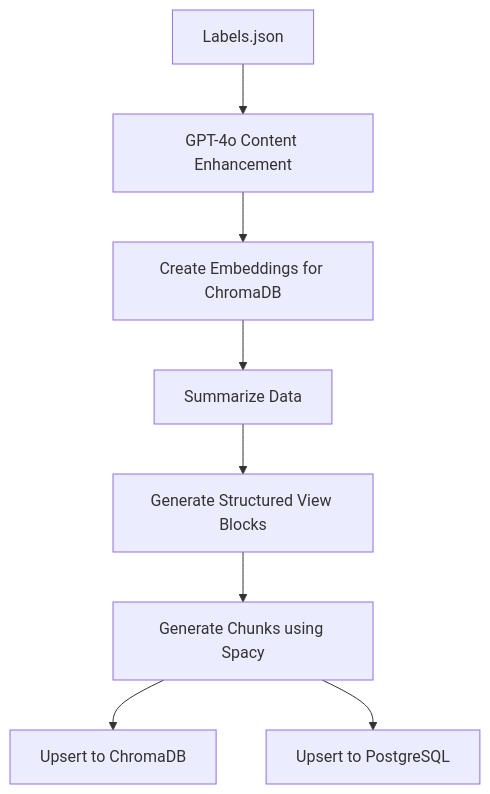
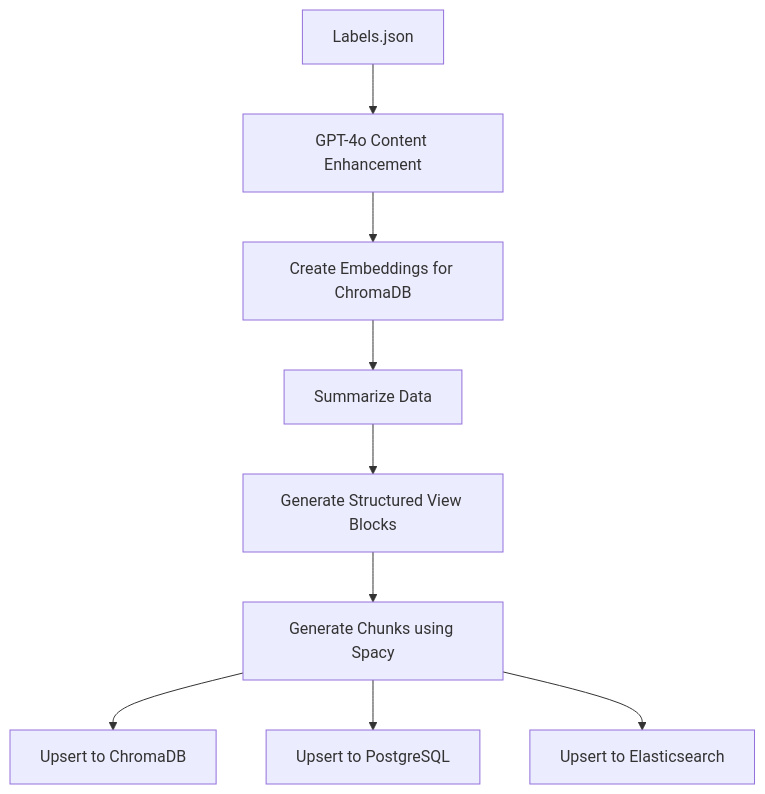
One commit to pedrohugorm/pp-challenge changed the second of 2 diagrams in README.md. Above: the diagram before and after it, drawn with Mermaid. The commit also changed other lines of this file, not shown here.

````diff
--- a/README.md
+++ b/README.md
@@ -117,10 +119,11 @@
 ```mermaid
 graph TB
     A[Labels.json] --> B[GPT-4o Content Enhancement]
     B --> C[Create Embeddings for ChromaDB]
     C --> D[Summarize Data]
     D --> E[Generate Structured View Blocks]
     E --> F[Generate Chunks using Spacy]
     F --> G[Upsert to ChromaDB]
     F --> H[Upsert to PostgreSQL]
+    F --> I[Upsert to Elasticsearch]
 ```
````
